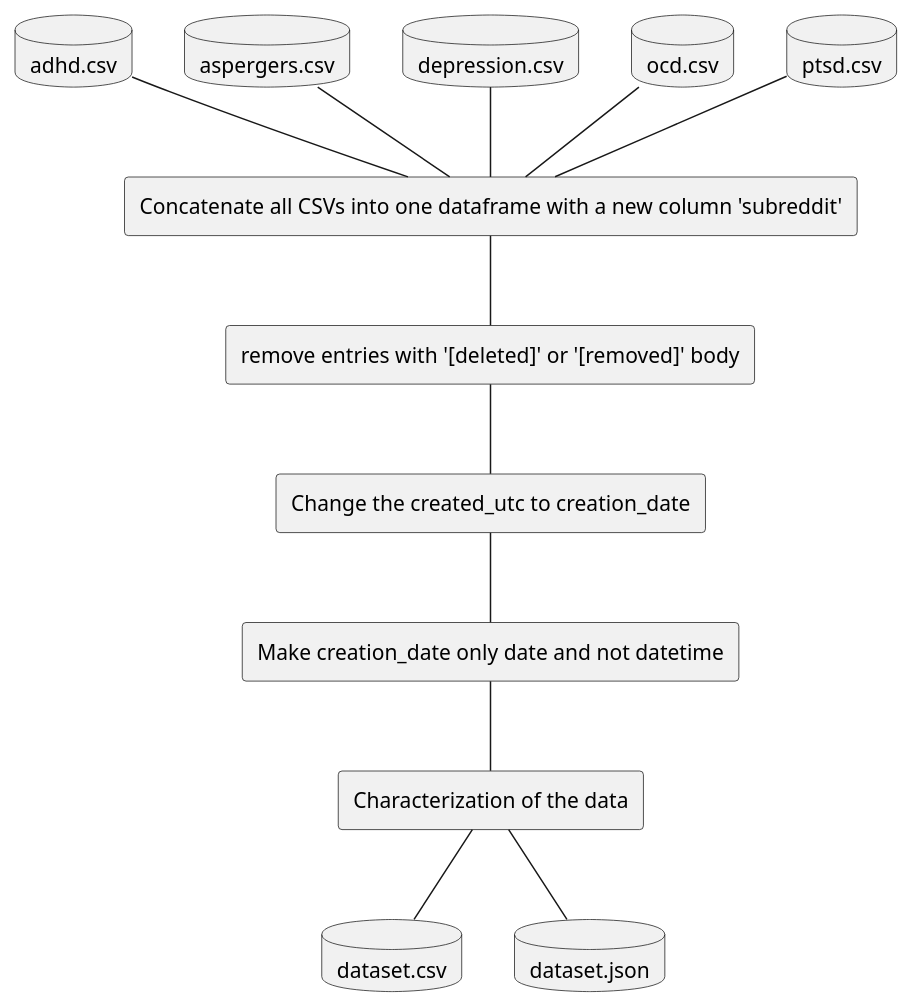
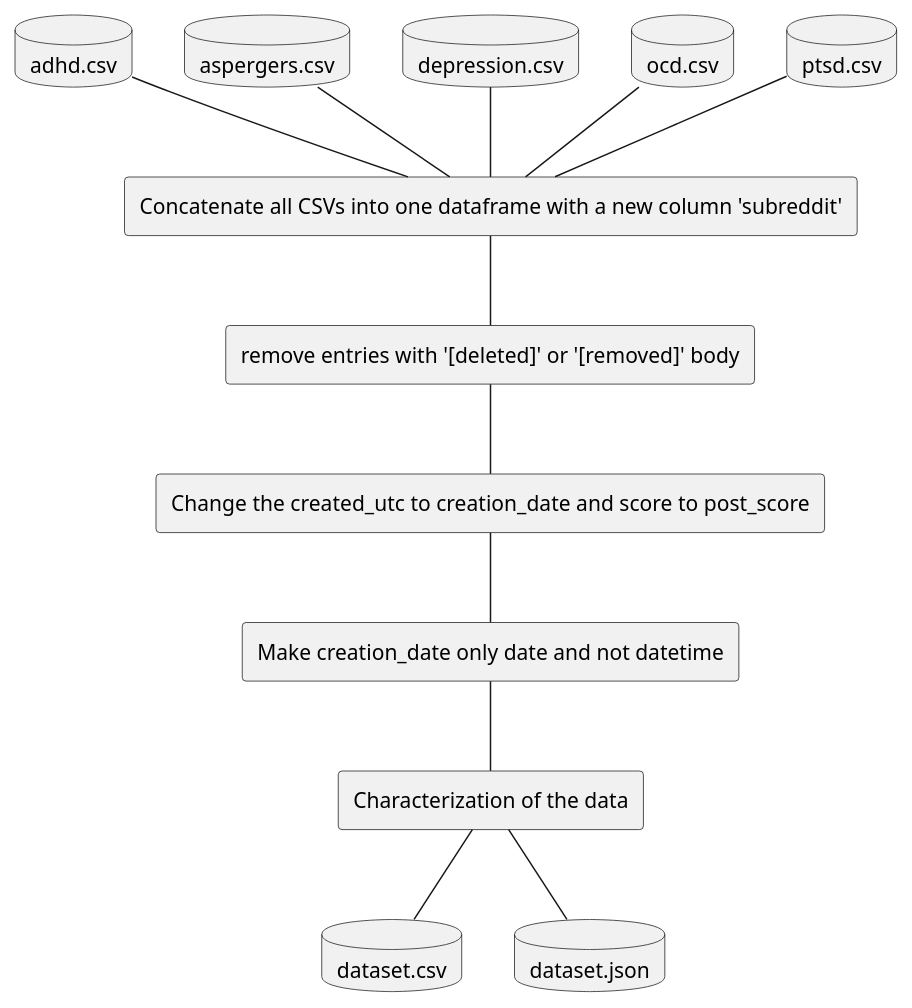
The diagram in Diagrams/pipeline.plantuml (vasco-oliv/PRI_T08_G82), drawn with PlantUML before and after one commit. The commit also changed 7 other files, not shown here.

```diff
--- a/Diagrams/pipeline.plantuml
+++ b/Diagrams/pipeline.plantuml
@@ -1,49 +1,49 @@
 @startuml pipeline
 
 
 'Two database elements side by side
 database "adhd.csv" as ADHDCsv {
 }
 database "aspergers.csv" as AspergersCsv {
 }
 database "depression.csv" as DepressionCsv {
 }
 database "ocd.csv" as OCDCsv {
 }
 database "ptsd.csv" as PTSDCsv {
 }
 
 rectangle "Concatenate all CSVs into one dataframe with a new column 'subreddit'" as Concatenate
 
 ADHDCsv -- Concatenate
 AspergersCsv -- Concatenate
 DepressionCsv -- Concatenate
 OCDCsv -- Concatenate
 PTSDCsv -- Concatenate
 
 rectangle "remove entries with '[deleted]' or '[removed]' body" as RemoveDeleted
 
 Concatenate -- RemoveDeleted
 
-rectangle "Change the created_utc to creation_date" as ChangeColumn
+rectangle "Change the created_utc to creation_date and score to post_score" as ChangeColumn
 
 RemoveDeleted -- ChangeColumn
 
 rectangle "Make creation_date only date and not datetime" as RemoveTime
 
 ChangeColumn -- RemoveTime
 
 rectangle "Characterization of the data" as Characterization
 
 RemoveTime -- Characterization
 
 database "dataset.csv" as DatasetCSV {
 }
 
 database "dataset.json" as DatasetJSON {
 }
 
 Characterization -- DatasetCSV
 Characterization -- DatasetJSON
 
 @enduml
```
